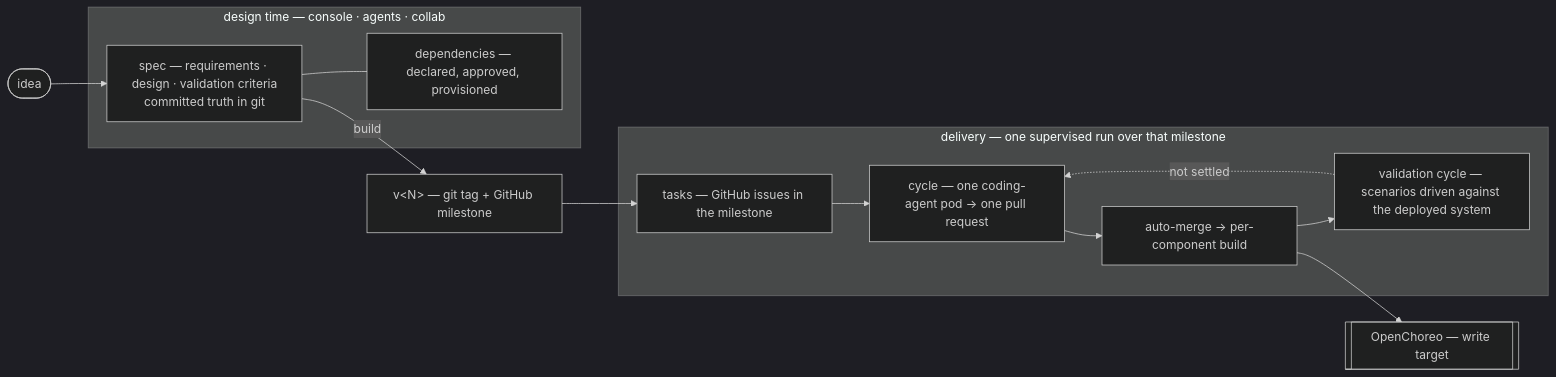
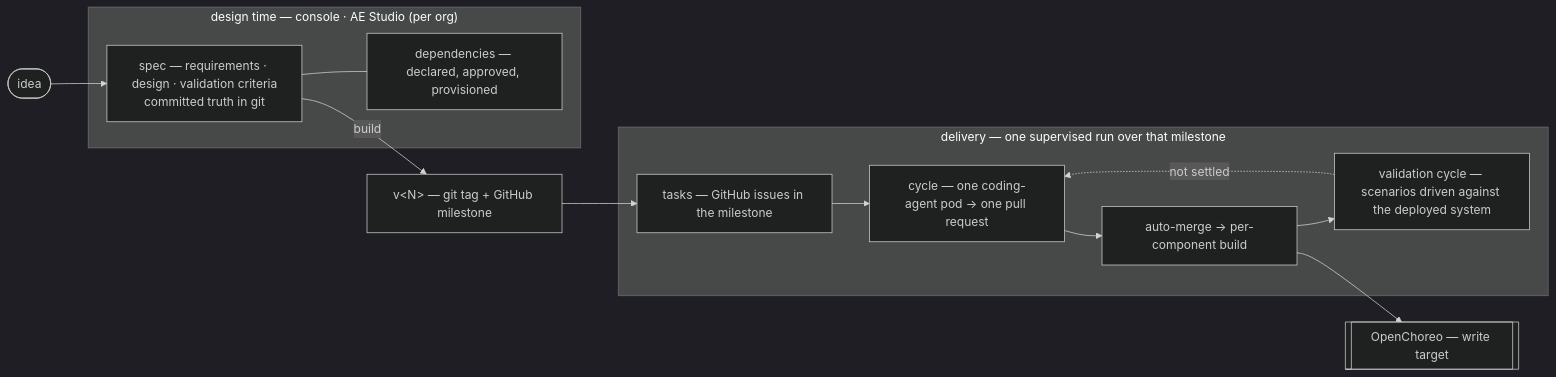
One commit to wso2/labs-agentic-engineer changed the diagram in README.md. Above: the diagram before and after it, drawn with Mermaid (dark theme). The commit also changed other lines of this file and 1 other file, not shown here.

Commit message:
docs(architecture): AE Studio in the org dataplane; run feed from the observer

````diff
--- a/README.md
+++ b/README.md
@@ -53,20 +53,20 @@
 ```mermaid
 flowchart LR
   IDEA([idea]) --> SPEC
-  subgraph DESIGN["design time — console · agents · collab"]
+  subgraph DESIGN["design time — console · AE Studio (per org)"]
     SPEC["spec — requirements · design · validation criteria<br/>committed truth in git"]
     DEP["dependencies — declared, approved, provisioned"]
     SPEC --- DEP
   end
   SPEC -->|build| TAG["v&lt;N&gt; — git tag + GitHub milestone"]
   subgraph RUN["delivery — one supervised run over that milestone"]
     TASK["tasks — GitHub issues in the milestone"]
     CYCLE["cycle — one coding-agent pod → one pull request"]
     MERGE["auto-merge → per-component build"]
     VAL["validation cycle — scenarios driven against the deployed system"]
     TASK --> CYCLE --> MERGE --> VAL
     VAL -.->|not settled| CYCLE
   end
   TAG --> TASK
   MERGE --> OC[["OpenChoreo — write target"]]
 ```
````
